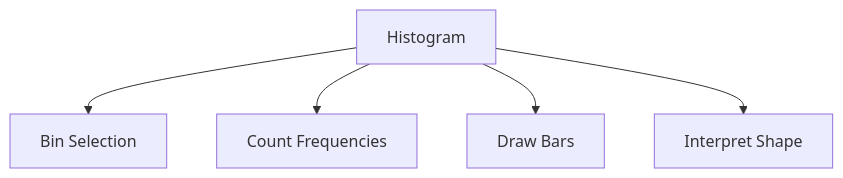
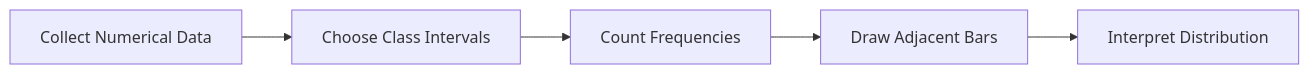
The eighth of 17 diagrams in 01-descriptive-statistics.md (muhammadsalek/statistics-for-scientists), drawn with Mermaid before and after one commit. The commit also changed other lines of this file, not shown here.

````diff
--- a/01-descriptive-statistics.md
+++ b/01-descriptive-statistics.md
@@ -709,7 +942,12 @@
 ```mermaid
-graph TD
-    H[Histogram] --> B[Bin Selection]
-    H --> C[Count Frequencies]
-    H --> D[Draw Bars]
-    H --> E[Interpret Shape]
+flowchart LR
+
+A[Collect Numerical Data]
+-->B[Choose Class Intervals]
+
+B-->C[Count Frequencies]
+
+C-->D[Draw Adjacent Bars]
+
+D-->E[Interpret Distribution]
 ```
````
